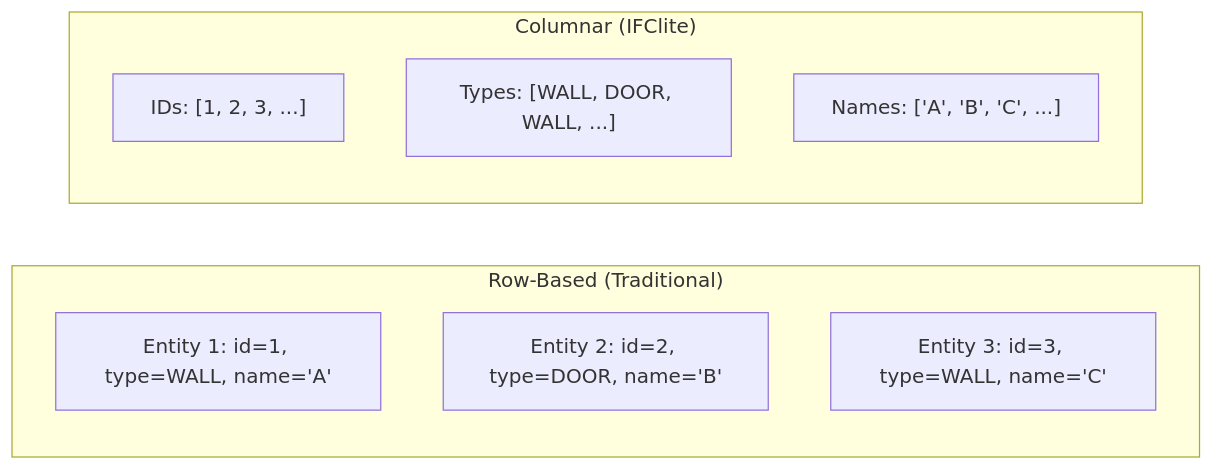
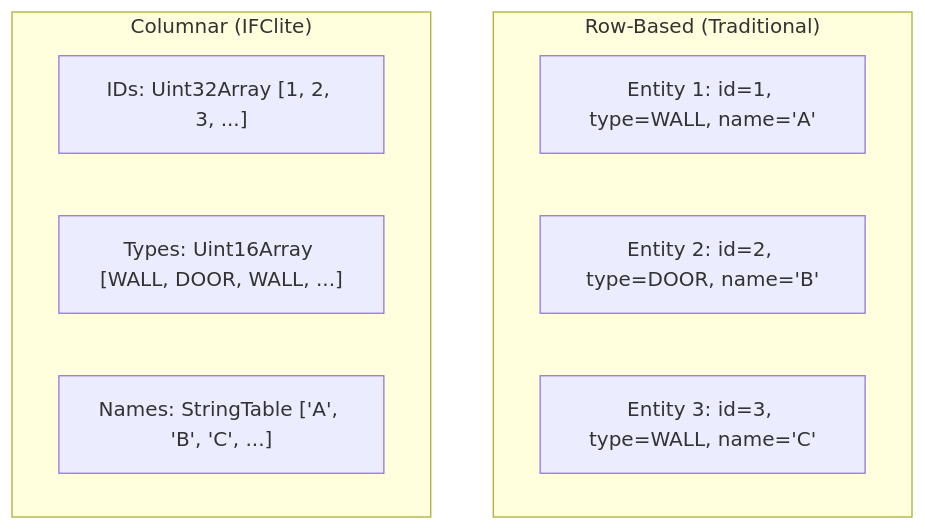
The fifth of 17 diagrams in docs/architecture/overview.md (louistrue/ifc-lite), drawn with Mermaid before and after one commit. The commit also changed other lines of this file and 7 other files, not shown here.

First line of the commit message:
docs: comprehensive update for server architecture, IFC5 support, and new features

````diff
--- a/docs/architecture/overview.md
+++ b/docs/architecture/overview.md
@@ -109,14 +158,14 @@
 ```mermaid
-graph LR
+graph TB
     subgraph RowBased["Row-Based (Traditional)"]
         R1["Entity 1: id=1, type=WALL, name='A'"]
         R2["Entity 2: id=2, type=DOOR, name='B'"]
         R3["Entity 3: id=3, type=WALL, name='C'"]
     end
 
     subgraph Columnar["Columnar (IFClite)"]
-        C1["IDs: [1, 2, 3, ...]"]
-        C2["Types: [WALL, DOOR, WALL, ...]"]
-        C3["Names: ['A', 'B', 'C', ...]"]
+        C1["IDs: Uint32Array [1, 2, 3, ...]"]
+        C2["Types: Uint16Array [WALL, DOOR, WALL, ...]"]
+        C3["Names: StringTable ['A', 'B', 'C', ...]"]
     end
 ```
````
